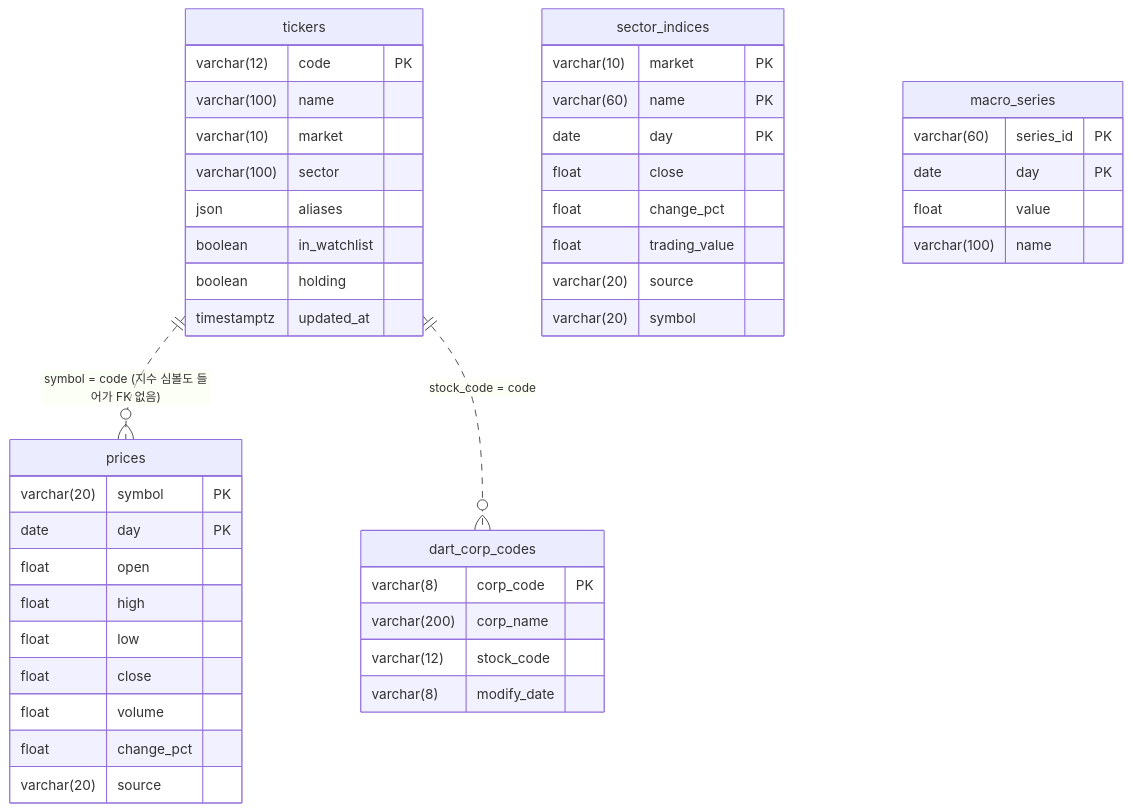
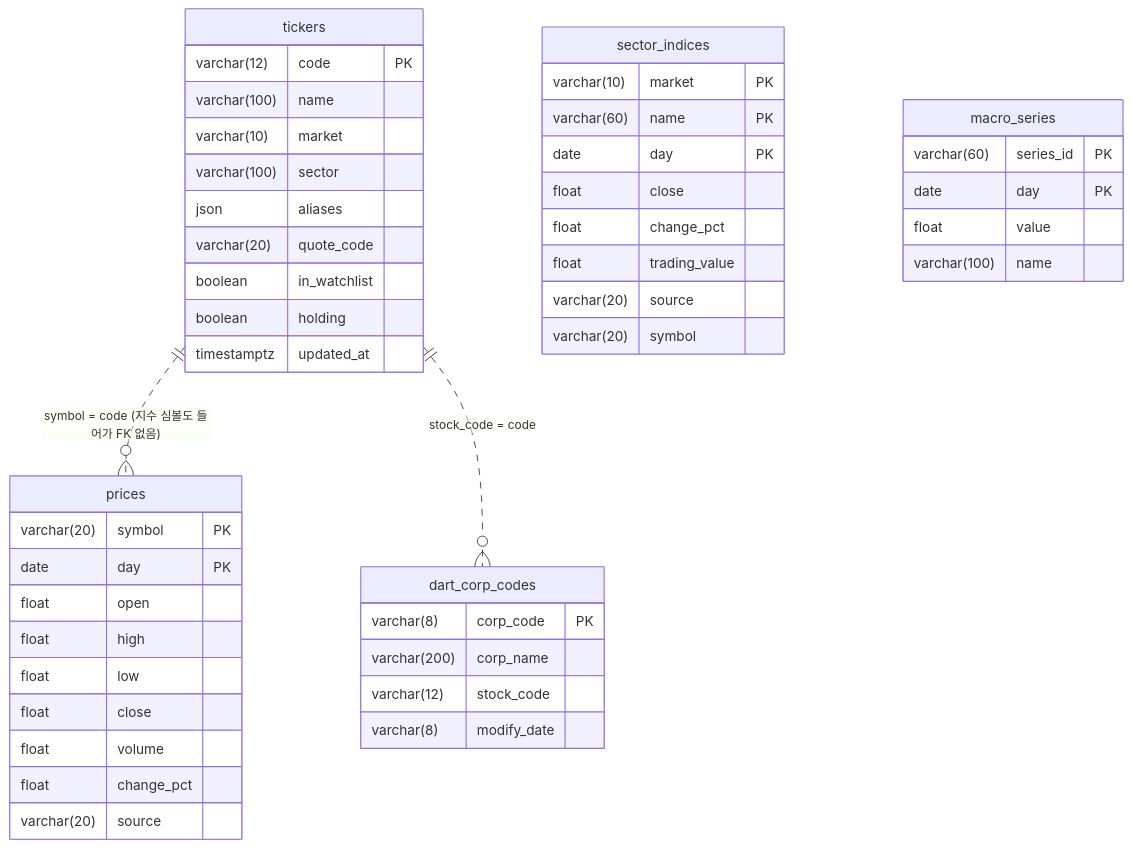
One commit to cfti1054/issue-stream changed the third of 4 diagrams in docs/ERD.md. Above: the diagram before and after it, drawn with Mermaid. The commit also changed other lines of this file and 20 other files, not shown here.

````diff
--- a/docs/ERD.md
+++ b/docs/ERD.md
@@ -146,48 +148,49 @@
 ```mermaid
 erDiagram
     tickers {
         varchar(12) code PK
         varchar(100) name
         varchar(10) market
         varchar(100) sector
         json aliases
+        varchar(20) quote_code
         boolean in_watchlist
         boolean holding
         timestamptz updated_at
     }
     prices {
         varchar(20) symbol PK
         date day PK
         float open
         float high
         float low
         float close
         float volume
         float change_pct
         varchar(20) source
     }
     dart_corp_codes {
         varchar(8) corp_code PK
         varchar(200) corp_name
         varchar(12) stock_code
         varchar(8) modify_date
     }
     sector_indices {
         varchar(10) market PK
         varchar(60) name PK
         date day PK
         float close
         float change_pct
         float trading_value
         varchar(20) source
         varchar(20) symbol
     }
     macro_series {
         varchar(60) series_id PK
         date day PK
         float value
         varchar(100) name
     }
     tickers ||..o{ prices : "symbol = code (지수 심볼도 들어가 FK 없음)"
     tickers ||..o{ dart_corp_codes : "stock_code = code"
 ```
````
